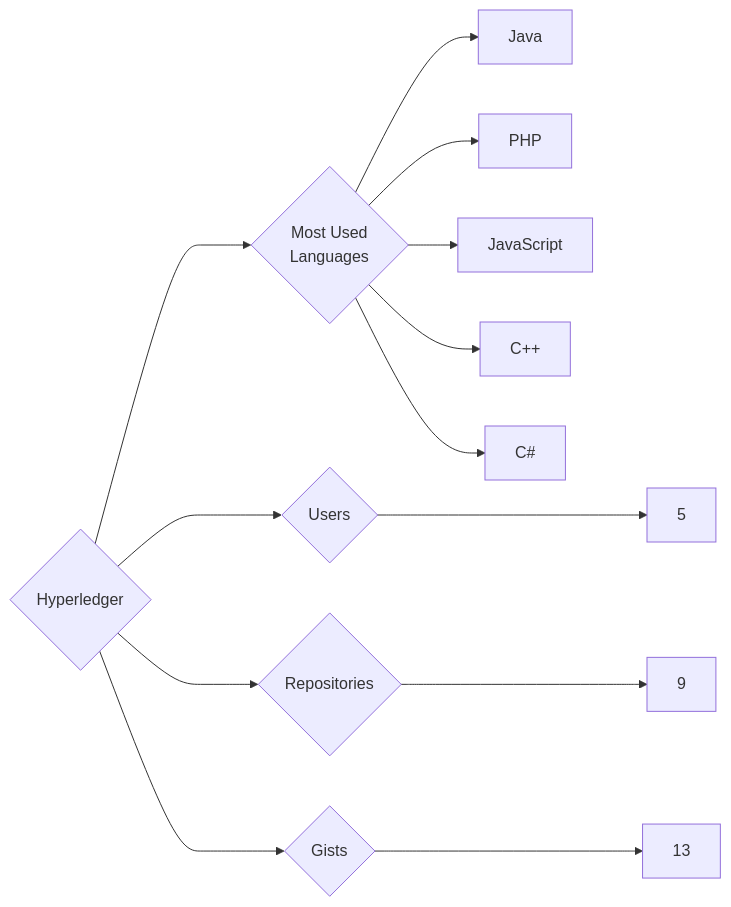
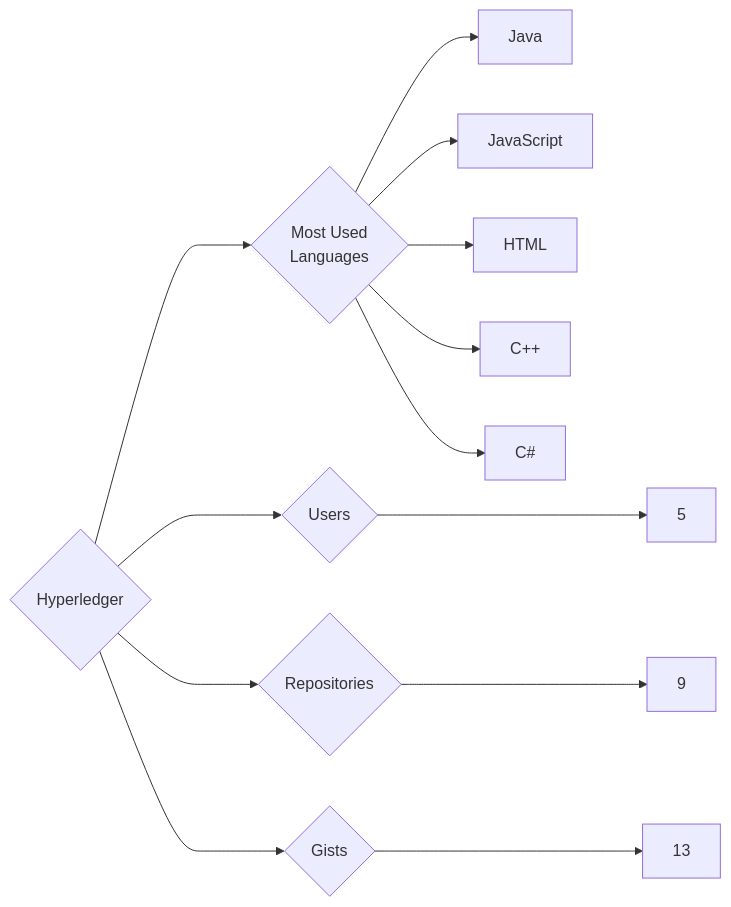
One commit to trickest/insiders changed the diagram in targets/Hyperledger/README.md. Above: the diagram before and after it, drawn with Mermaid. The commit also changed 997 other files, not shown here.

````diff
--- a/targets/Hyperledger/README.md
+++ b/targets/Hyperledger/README.md
@@ -3,13 +3,13 @@
 ```mermaid
 graph LR
 COMPANY_NAME{Hyperledger}
 COMPANY_NAME ---> U{Users} ---> UN[5]
 COMPANY_NAME ---> R{Repositories} ---> RN[9]
 COMPANY_NAME ---> G{Gists} ---> GN[13]
 COMPANY_NAME ---> ML{Most Used<br>Languages}
 ML --> Java[Java]
-ML --> PHP[PHP]
 ML --> JavaScript[JavaScript]
+ML --> HTML[HTML]
 ML --> C++[C++]
 ML --> C#[C#]
 ```
````
